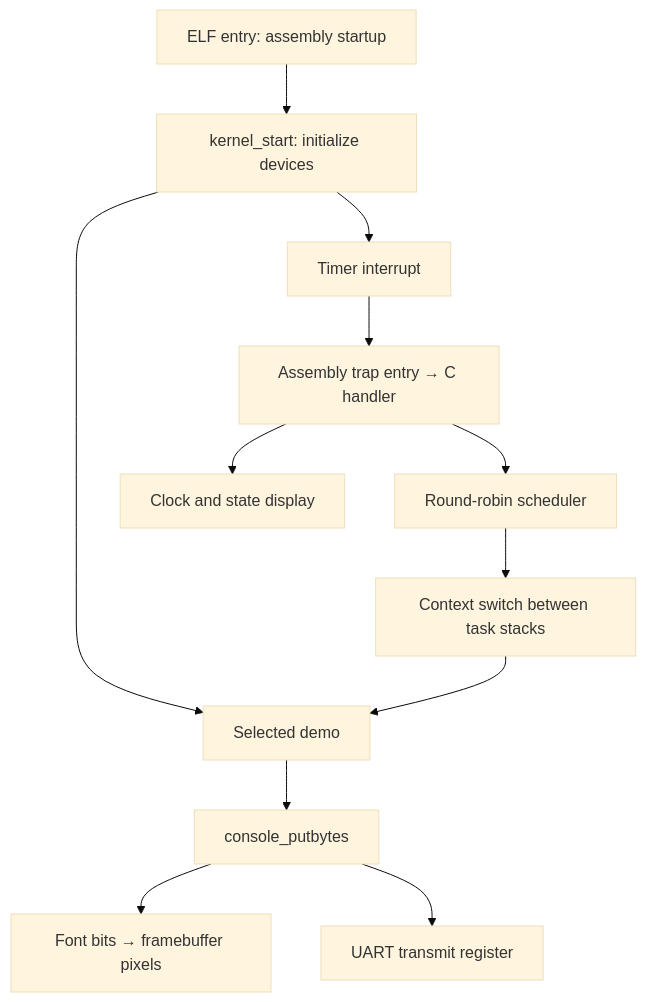
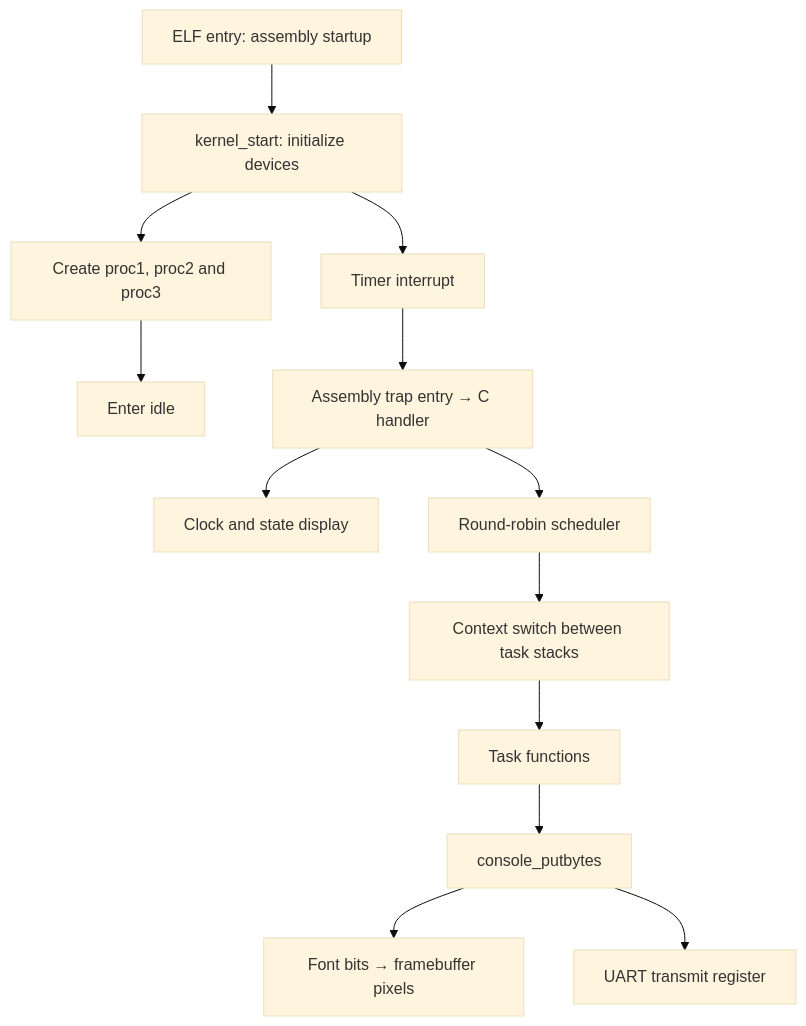
Before and after one commit to Raiagues/OS: the diagram in docs/01-inventory.md, drawn with Mermaid (base theme). The commit also changed other lines of this file and 275 other files, not shown here.

````diff
--- a/docs/01-inventory.md
+++ b/docs/01-inventory.md
@@ -9,14 +9,15 @@
 ```mermaid
 flowchart TD
     E["ELF entry: assembly startup"] --> K["kernel_start: initialize devices"]
-    K --> D["Selected demo"]
-    D --> C["console_putbytes"]
+    K --> P["Create proc1, proc2 and proc3"]
+    P --> I["Enter idle"]
+    D["Task functions"] --> C["console_putbytes"]
     C --> F["Font bits → framebuffer pixels"]
     C --> U["UART transmit register"]
     K --> T["Timer interrupt"]
     T --> H["Assembly trap entry → C handler"]
     H --> R["Clock and state display"]
     H --> S["Round-robin scheduler"]
     S --> X["Context switch between task stacks"]
     X --> D
 ```
````
